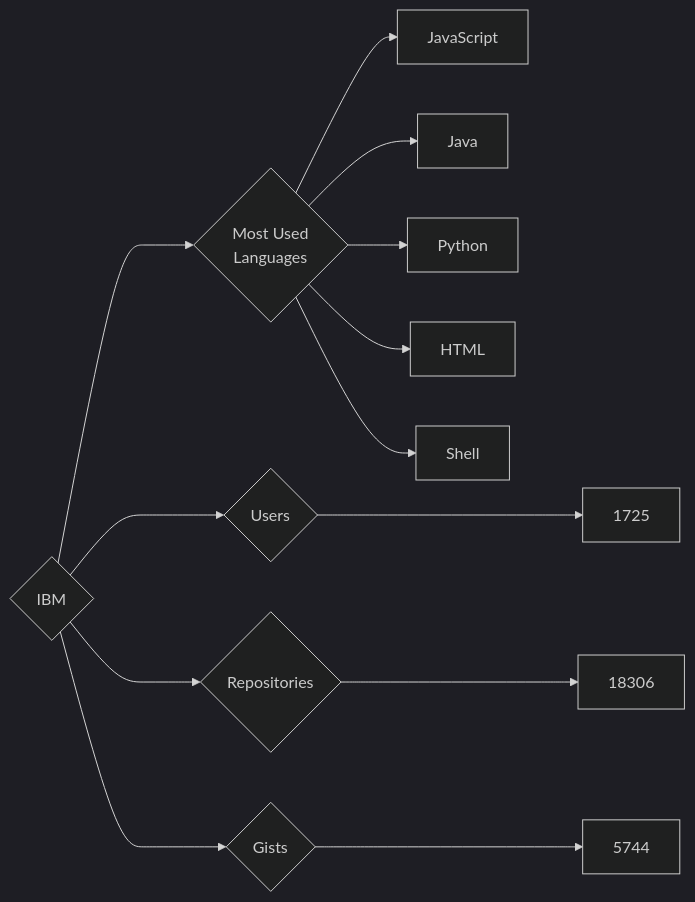
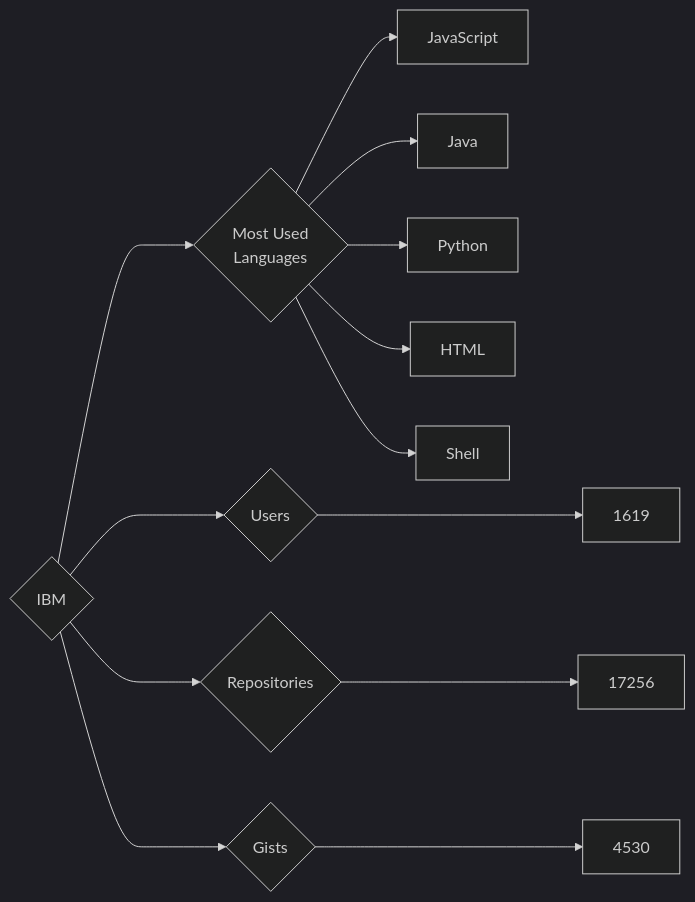
One commit to trickest/insiders changed the diagram in targets/IBM/README.md. Above: the diagram before and after it, drawn with Mermaid (dark theme). The commit also changed 723 other files, not shown here.

````diff
--- a/targets/IBM/README.md
+++ b/targets/IBM/README.md
@@ -3,13 +3,13 @@
 ```mermaid
 graph LR
 COMPANY_NAME{IBM}
-COMPANY_NAME ---> U{Users} ---> UN[1725]
-COMPANY_NAME ---> R{Repositories} ---> RN[18306]
-COMPANY_NAME ---> G{Gists} ---> GN[5744]
+COMPANY_NAME ---> U{Users} ---> UN[1619]
+COMPANY_NAME ---> R{Repositories} ---> RN[17256]
+COMPANY_NAME ---> G{Gists} ---> GN[4530]
 COMPANY_NAME ---> ML{Most Used<br>Languages}
 ML --> JavaScript[JavaScript]
 ML --> Java[Java]
 ML --> Python[Python]
 ML --> HTML[HTML]
 ML --> Shell[Shell]
 ```
````
